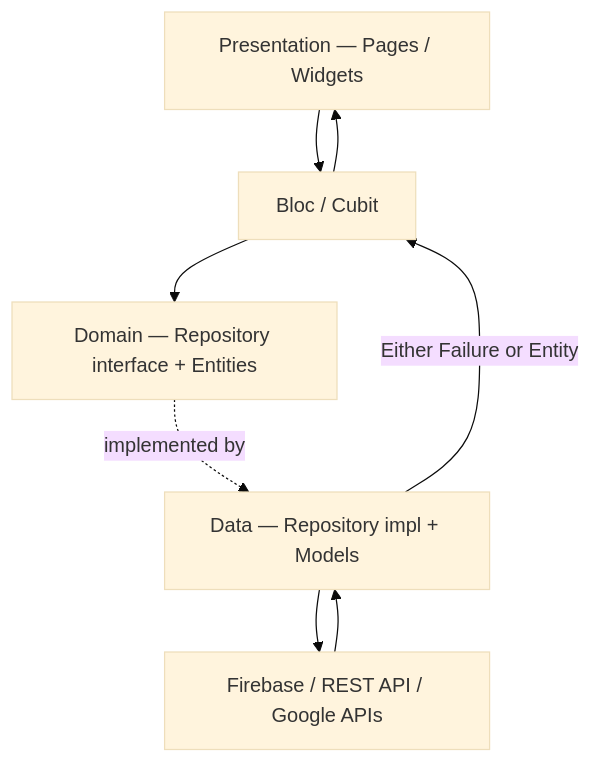
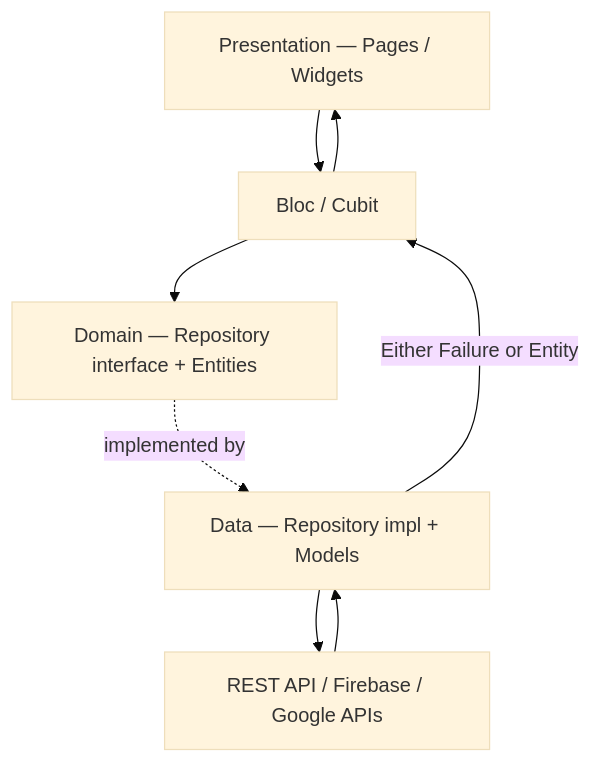
Before and after one commit to areascript22/project-taxi-passenger: the first of 2 diagrams in README.md, drawn with Mermaid (base theme). The commit also changed other lines of this file, not shown here.

Commit message:
Rewrite README with current features, architecture and CI/CD

````diff
--- a/README.md
+++ b/README.md
@@ -67,16 +75,16 @@
 ```mermaid
 flowchart TD
     UI["Presentation — Pages / Widgets"]
     BLOC["Bloc / Cubit"]
     DOMAIN["Domain — Repository interface + Entities"]
     DATA["Data — Repository impl + Models"]
-    SRC["Firebase / REST API / Google APIs"]
+    SRC["REST API / Firebase / Google APIs"]
 
     UI --> BLOC
     BLOC --> DOMAIN
     DOMAIN -.implemented by.-> DATA
     DATA --> SRC
     SRC --> DATA
     DATA -- "Either Failure or Entity" --> BLOC
     BLOC --> UI
 ```
````
